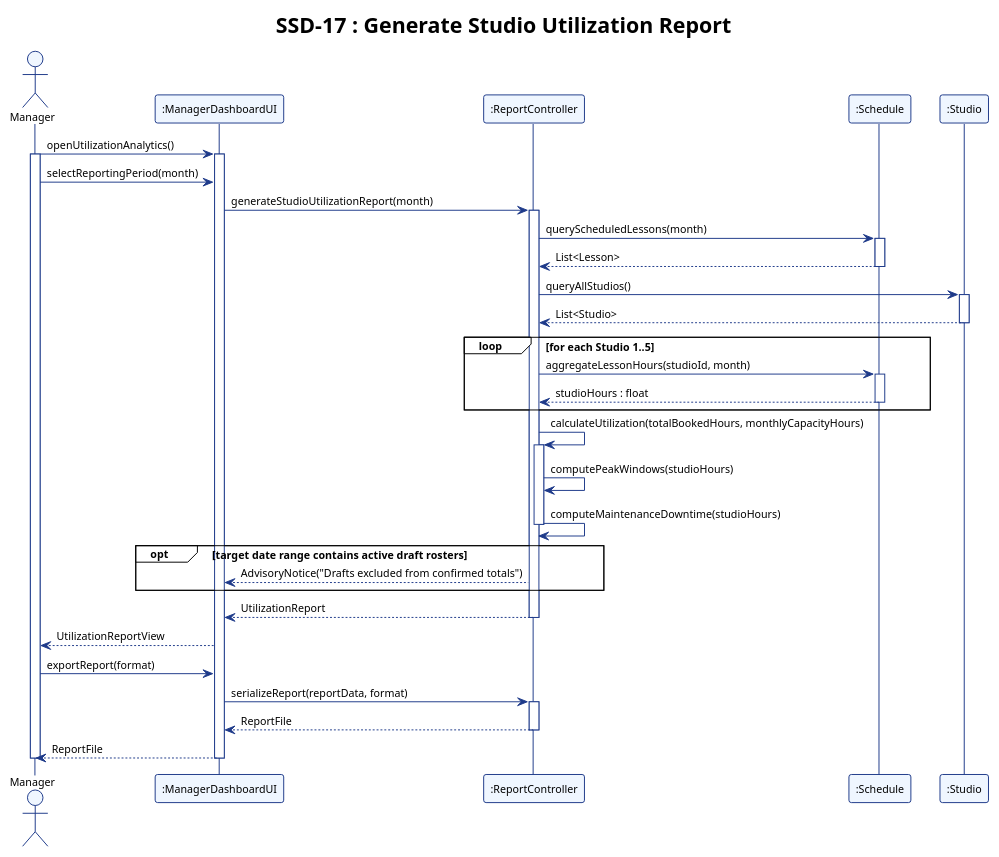
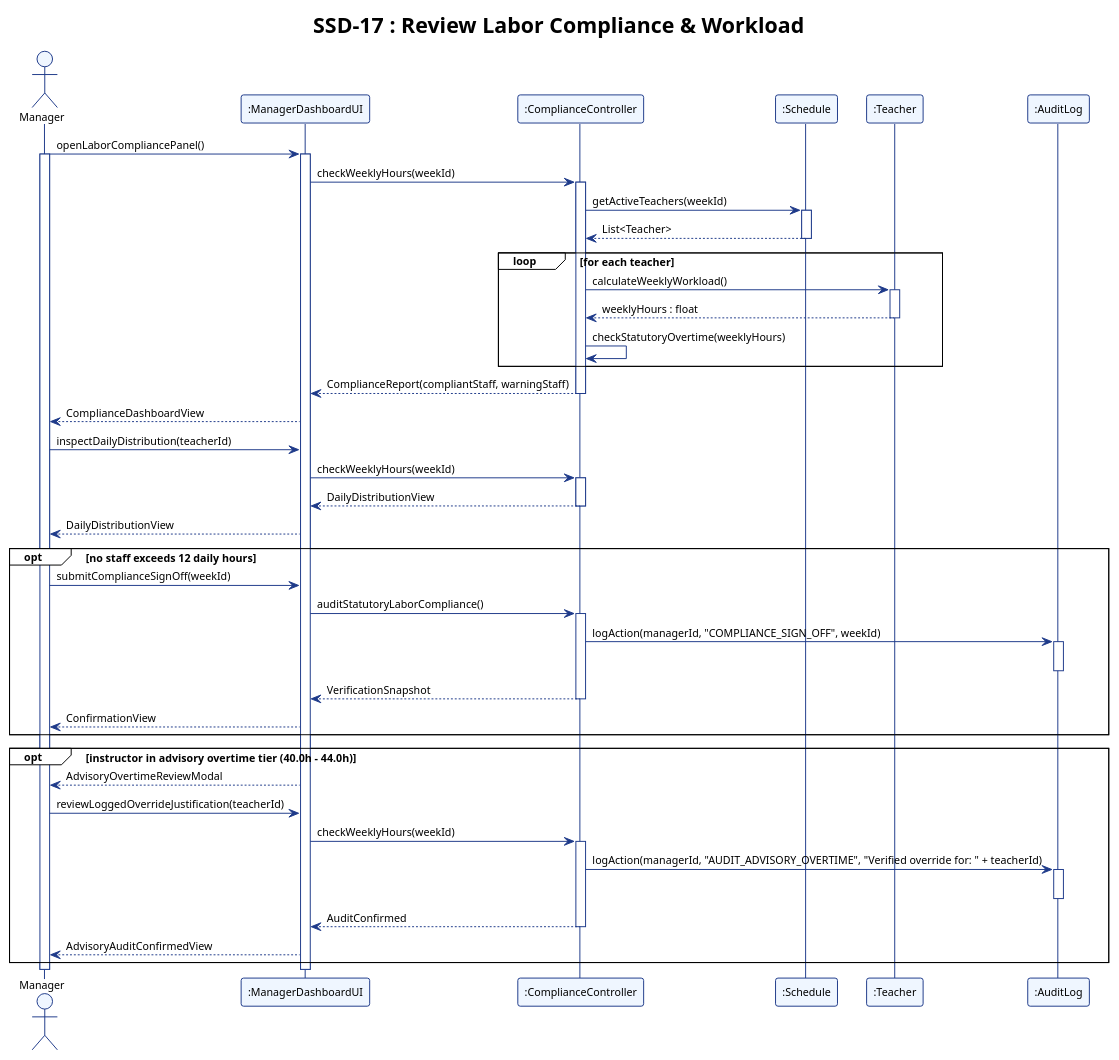
Before and after one commit to adoreblvnk/2001temp: the diagram in report/assets/ssd_17.puml, drawn with PlantUML. The commit also changed 27 other files, not shown here.

First line of the commit message:
fix(use-cases): renumber UC/SSD 07-18 to 06-17, drop UC-01 login step and 72h overtime cap

```diff
--- a/report/assets/ssd_17.puml
+++ b/report/assets/ssd_17.puml
@@ -1,73 +1,83 @@
 @startuml ssd_17
 !theme plain
 skinparam shadowing false
 skinparam defaultFontName "Helvetica", "Arial", sans-serif
 skinparam defaultFontSize 11
 skinparam sequence {
     ParticipantBorderColor #1E3A8A
     ParticipantBackgroundColor #EFF6FF
     LifeLineBorderColor #1E3A8A
     LifeLineBackgroundColor #FFFFFF
     ArrowColor #1E3A8A
     ActorBorderColor #1E3A8A
     ActorBackgroundColor #EFF6FF
 }
 
-title SSD-17 : Generate Studio Utilization Report
+title SSD-17 : Review Labor Compliance & Workload
 
 actor "Manager" as Manager
 participant ":ManagerDashboardUI" as UI
-participant ":ReportController" as ReportController
+participant ":ComplianceController" as ComplianceController
 participant ":Schedule" as Schedule
-participant ":Studio" as Studio
+participant ":Teacher" as Teacher
+participant ":AuditLog" as AuditLog
 
-Manager -> UI : openUtilizationAnalytics()
+Manager -> UI : openLaborCompliancePanel()
 activate Manager
 activate UI
+UI -> ComplianceController : checkWeeklyHours(weekId)
+activate ComplianceController
 
-Manager -> UI : selectReportingPeriod(month)
-UI -> ReportController : generateStudioUtilizationReport(month)
-activate ReportController
-
-ReportController -> Schedule : queryScheduledLessons(month)
+ComplianceController -> Schedule : getActiveTeachers(weekId)
 activate Schedule
-Schedule --> ReportController : List<Lesson>
+Schedule --> ComplianceController : List<Teacher>
 deactivate Schedule
 
-ReportController -> Studio : queryAllStudios()
-activate Studio
-Studio --> ReportController : List<Studio>
-deactivate Studio
-
-loop for each Studio 1..5
-    ReportController -> Schedule : aggregateLessonHours(studioId, month)
-    activate Schedule
-    Schedule --> ReportController : studioHours : float
-    deactivate Schedule
+loop for each teacher
+    ComplianceController -> Teacher : calculateWeeklyWorkload()
+    activate Teacher
+    Teacher --> ComplianceController : weeklyHours : float
+    deactivate Teacher
+    ComplianceController -> ComplianceController : checkStatutoryOvertime(weeklyHours)
 end
 
-ReportController -> ReportController : calculateUtilization(totalBookedHours, monthlyCapacityHours)
-activate ReportController
-ReportController -> ReportController : computePeakWindows(studioHours)
-ReportController -> ReportController : computeMaintenanceDowntime(studioHours)
-deactivate ReportController
+ComplianceController --> UI : ComplianceReport(compliantStaff, warningStaff)
+deactivate ComplianceController
+UI --> Manager : ComplianceDashboardView
 
-opt target date range contains active draft rosters
-    ReportController --> UI : AdvisoryNotice("Drafts excluded from confirmed totals")
+Manager -> UI : inspectDailyDistribution(teacherId)
+UI -> ComplianceController : checkWeeklyHours(weekId)
+activate ComplianceController
+ComplianceController --> UI : DailyDistributionView
+deactivate ComplianceController
+UI --> Manager : DailyDistributionView
+
+opt no staff exceeds 12 daily hours
+    Manager -> UI : submitComplianceSignOff(weekId)
+    UI -> ComplianceController : auditStatutoryLaborCompliance()
+    activate ComplianceController
+    ComplianceController -> AuditLog : logAction(managerId, "COMPLIANCE_SIGN_OFF", weekId)
+    activate AuditLog
+    deactivate AuditLog
+    ComplianceController --> UI : VerificationSnapshot
+    deactivate ComplianceController
+    UI --> Manager : ConfirmationView
 end
 
-ReportController --> UI : UtilizationReport
-deactivate ReportController
+opt instructor in advisory overtime tier (40.0h - 44.0h)
+    UI --> Manager : AdvisoryOvertimeReviewModal
+    Manager -> UI : reviewLoggedOverrideJustification(teacherId)
+    UI -> ComplianceController : checkWeeklyHours(weekId)
+    activate ComplianceController
+    ComplianceController -> AuditLog : logAction(managerId, "AUDIT_ADVISORY_OVERTIME", "Verified override for: " + teacherId)
+    activate AuditLog
+    deactivate AuditLog
+    ComplianceController --> UI : AuditConfirmed
+    deactivate ComplianceController
+    UI --> Manager : AdvisoryAuditConfirmedView
+end
 
-UI --> Manager : UtilizationReportView
-
-Manager -> UI : exportReport(format)
-UI -> ReportController : serializeReport(reportData, format)
-activate ReportController
-ReportController --> UI : ReportFile
-deactivate ReportController
-UI --> Manager : ReportFile
 deactivate UI
 deactivate Manager
 
 @enduml
```
